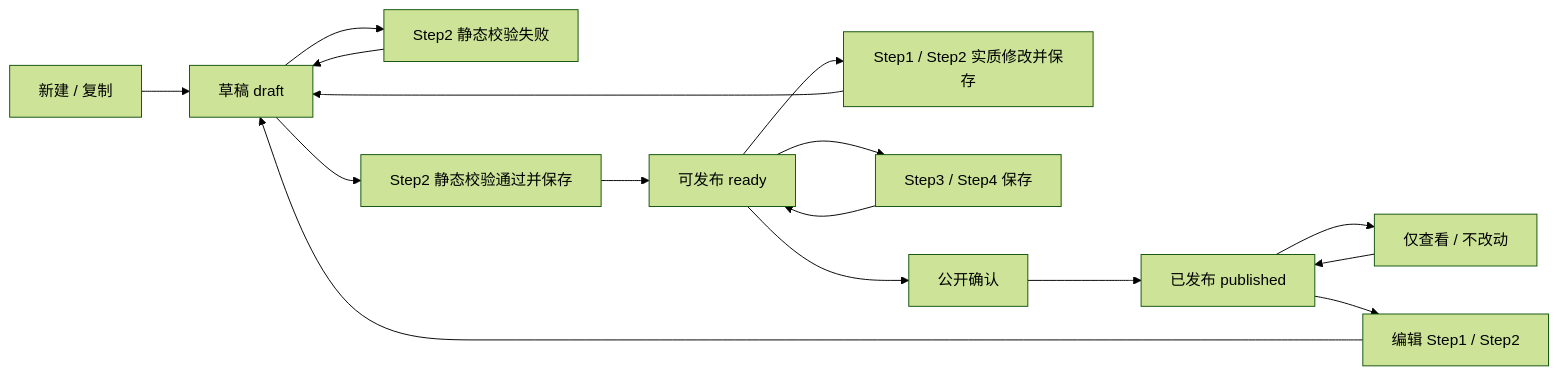
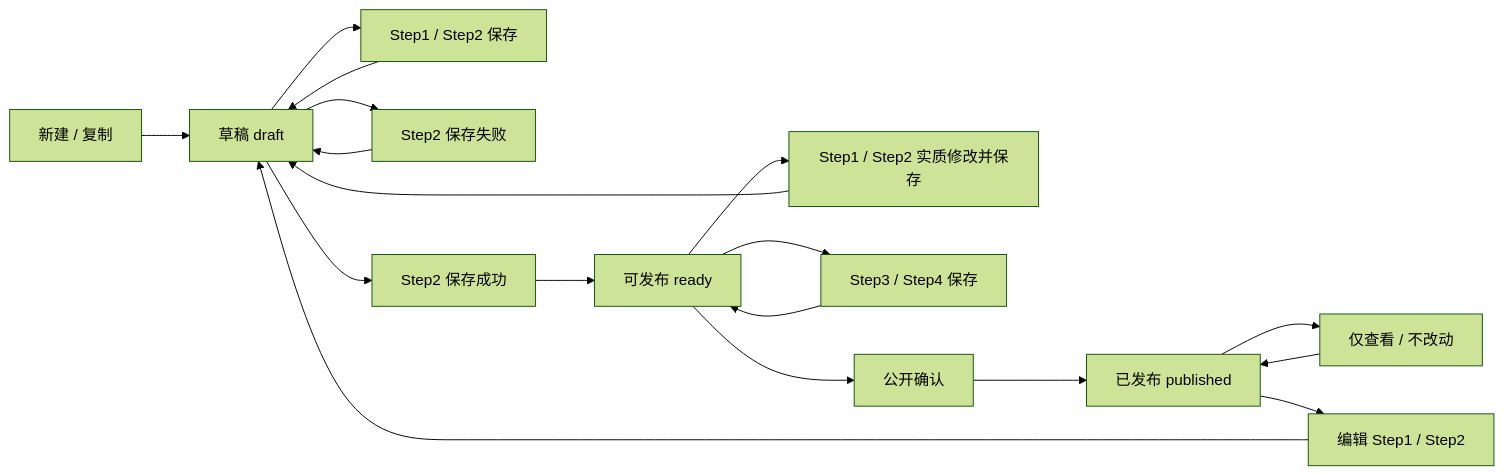
The first of 3 diagrams in prototypes/kisoku-nintei/PRD.zh-CN.md (aruirage/IDP-workflow), drawn with Mermaid (forest theme) before and after one commit. The commit also changed other lines of this file and 7 other files, not shown here.

````diff
--- a/prototypes/kisoku-nintei/PRD.zh-CN.md
+++ b/prototypes/kisoku-nintei/PRD.zh-CN.md
@@ -76,18 +76,20 @@
 ```mermaid
 flowchart LR
   newScene["新建 / 复制"] --> draft["草稿 draft"]
-  draft --> staticFail["Step2 静态校验失败"]
-  staticFail --> draft
-  draft --> save2["Step2 静态校验通过并保存"]
-  save2 --> ready["可发布 ready"]
+  draft --> save12["Step1 / Step2 保存"]
+  save12 --> draft
+  draft --> saveFail["Step2 保存失败"]
+  saveFail --> draft
+  draft --> saveSuccess["Step2 保存成功"]
+  saveSuccess --> ready["可发布 ready"]
   ready --> edit12["Step1 / Step2 实质修改并保存"]
   edit12 --> draft
   ready --> save34["Step3 / Step4 保存"]
   save34 --> ready
   ready --> publish["公开确认"]
   publish --> published["已发布 published"]
   published --> viewOnly["仅查看 / 不改动"]
   viewOnly --> published
   published --> editPublished["编辑 Step1 / Step2"]
   editPublished --> draft
 ```
````
